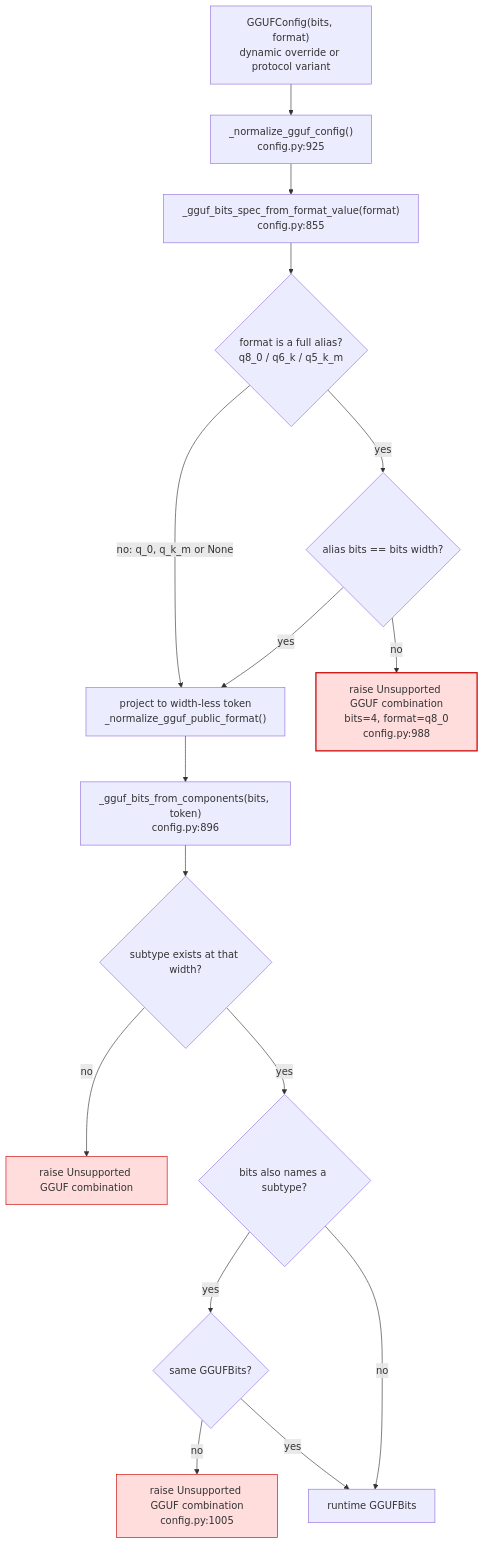
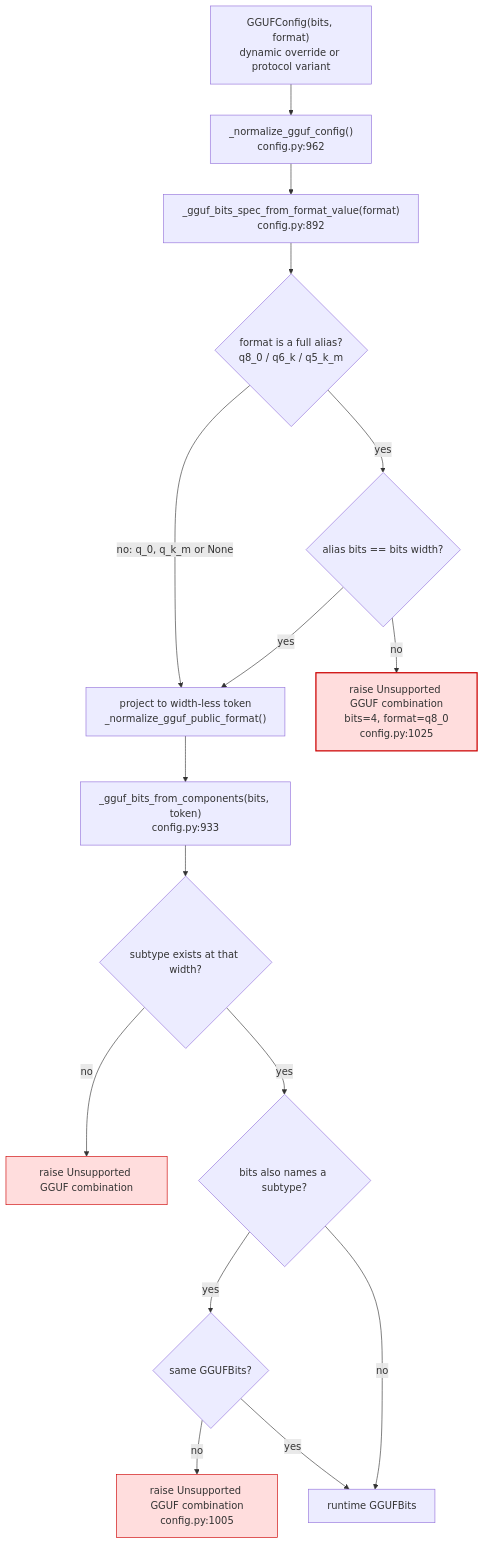
Before and after one commit to ModelCloud/GPTQModel: the first of 2 diagrams in docs/gguf-config-resolution.md, drawn with Mermaid. The commit also changed other lines of this file and 14 other files, not shown here.

````diff
--- a/docs/gguf-config-resolution.md
+++ b/docs/gguf-config-resolution.md
@@ -24,22 +24,22 @@
 ```mermaid
 flowchart TD
-    A["GGUFConfig(bits, format)<br/>dynamic override or protocol variant"] --> B["_normalize_gguf_config()<br/>config.py:925"]
-    B --> C["_gguf_bits_spec_from_format_value(format)<br/>config.py:855"]
+    A["GGUFConfig(bits, format)<br/>dynamic override or protocol variant"] --> B["_normalize_gguf_config()<br/>config.py:962"]
+    B --> C["_gguf_bits_spec_from_format_value(format)<br/>config.py:892"]
     C --> D{"format is a full alias?<br/>q8_0 / q6_k / q5_k_m"}
     D -->|no: q_0, q_k_m or None| E["project to width-less token<br/>_normalize_gguf_public_format()"]
     D -->|yes| F{"alias bits == bits width?"}
-    F -->|no| R1["raise Unsupported GGUF combination<br/>bits=4, format=q8_0<br/>config.py:988"]
+    F -->|no| R1["raise Unsupported GGUF combination<br/>bits=4, format=q8_0<br/>config.py:1025"]
     F -->|yes| E
-    E --> G["_gguf_bits_from_components(bits, token)<br/>config.py:896"]
+    E --> G["_gguf_bits_from_components(bits, token)<br/>config.py:933"]
     G --> H{"subtype exists at that width?"}
     H -->|no| R2["raise Unsupported GGUF combination"]
     H -->|yes| I{"bits also names a subtype?"}
     I -->|yes| J{"same GGUFBits?"}
     J -->|no| R3["raise Unsupported GGUF combination<br/>config.py:1005"]
     J -->|yes| K["runtime GGUFBits"]
     I -->|no| K
 
     style R1 fill:#fdd,stroke:#c00,stroke-width:2px
     style R2 fill:#fdd,stroke:#c00
     style R3 fill:#fdd,stroke:#c00
 ```
````
